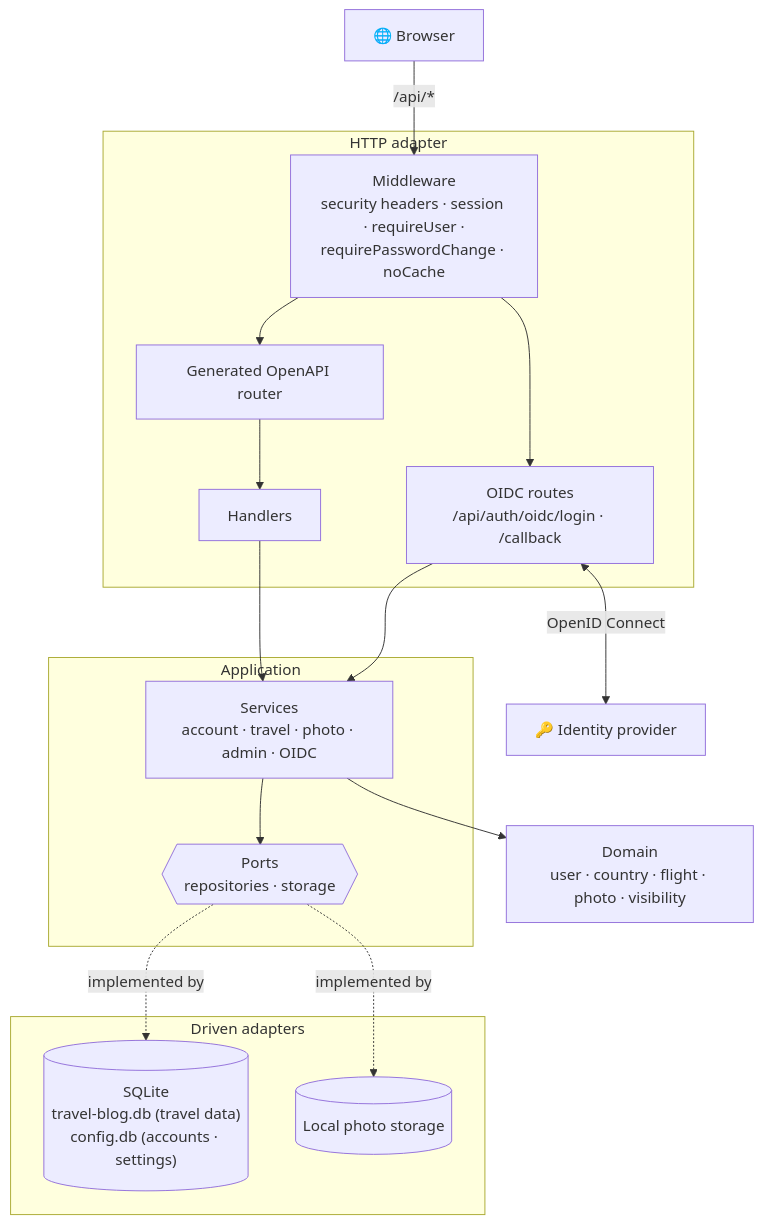
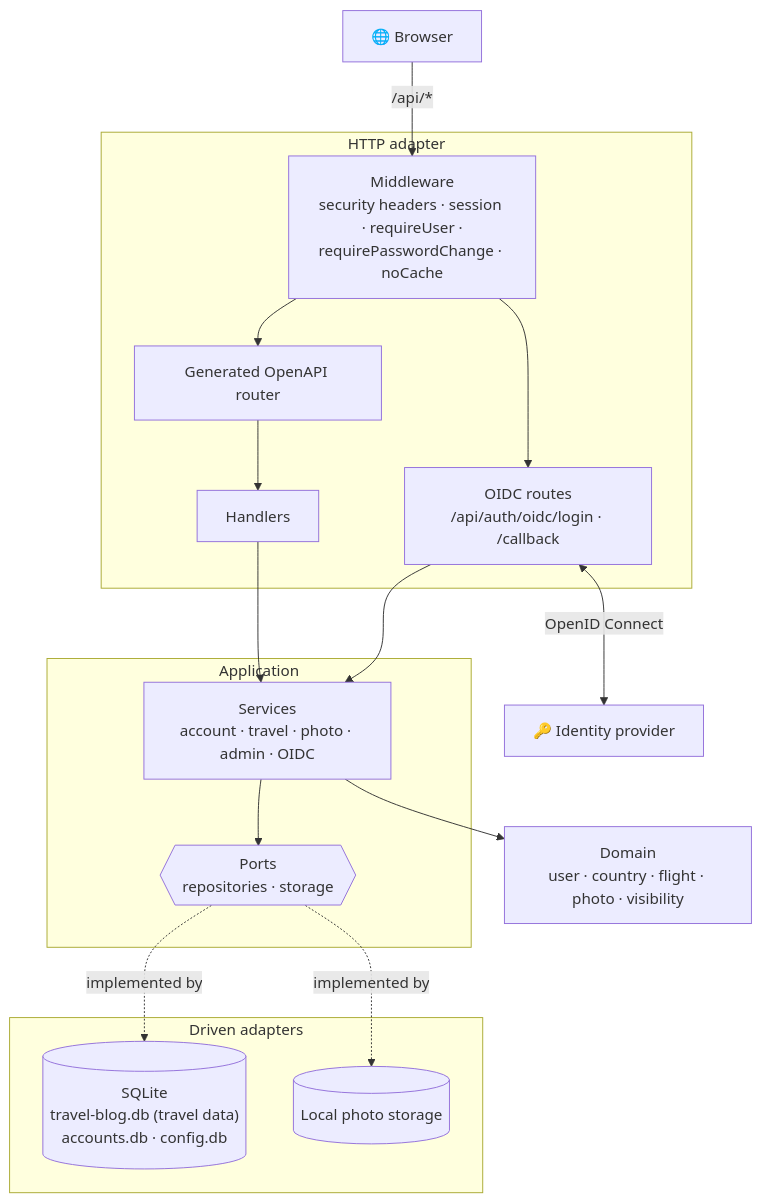
One commit to kenetrix/travel-blog changed the second of 5 diagrams in docs/architecture.md. Above: the diagram before and after it, drawn with Mermaid. The commit also changed 16 other files, not shown here.

````diff
--- a/docs/architecture.md
+++ b/docs/architecture.md
@@ -33,30 +33,30 @@
 ```mermaid
 flowchart TB
     Browser["🌐 Browser"] -- "/api/*" --> MW
 
     subgraph HTTP["HTTP adapter"]
         MW["Middleware<br/>security headers · session · requireUser ·<br/>requirePasswordChange · noCache"]
         MW --> Gen["Generated OpenAPI router"]
         Gen --> Handlers["Handlers"]
         MW --> OIDCR["OIDC routes<br/>/api/auth/oidc/login · /callback"]
     end
 
     subgraph App["Application"]
         Services["Services<br/>account · travel · photo · admin · OIDC"]
         Ports{{"Ports<br/>repositories · storage"}}
         Services --> Ports
     end
 
     Handlers --> Services
     OIDCR --> Services
     Services --> Domain["Domain<br/>user · country · flight · photo · visibility"]
 
     subgraph Adapters["Driven adapters"]
-        SQLite[("SQLite<br/>travel-blog.db (travel data)<br/>config.db (accounts · settings)")]
+        SQLite[("SQLite<br/>travel-blog.db (travel data)<br/>accounts.db · config.db")]
         Files[("Local photo storage")]
     end
 
     Ports -. implemented by .-> SQLite
     Ports -. implemented by .-> Files
     OIDCR <-- "OpenID Connect" --> IdP["🔑 Identity provider"]
 ```
````
